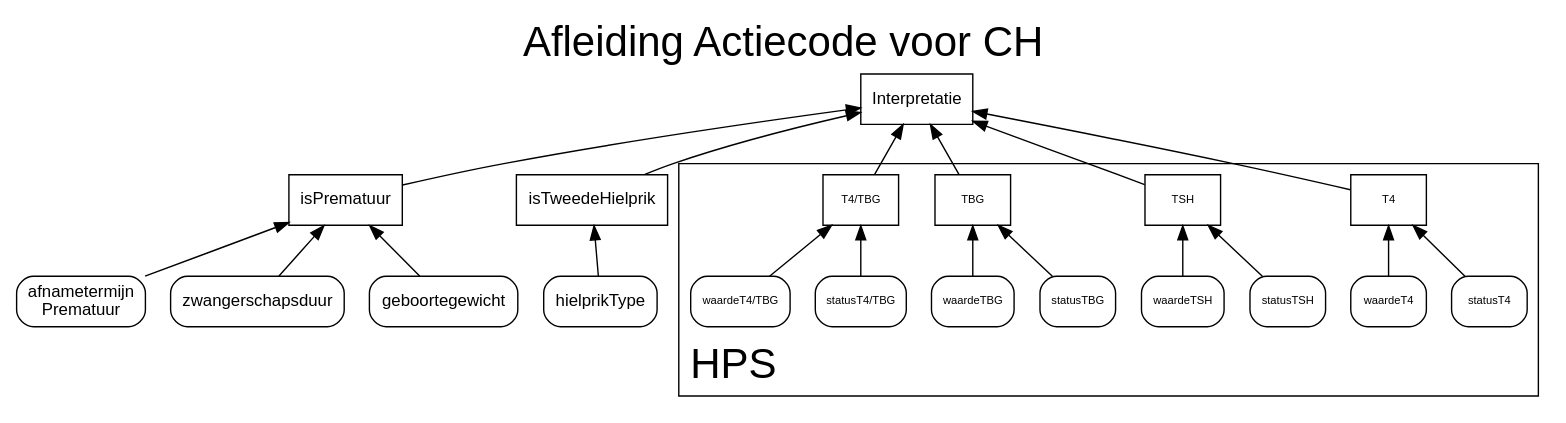
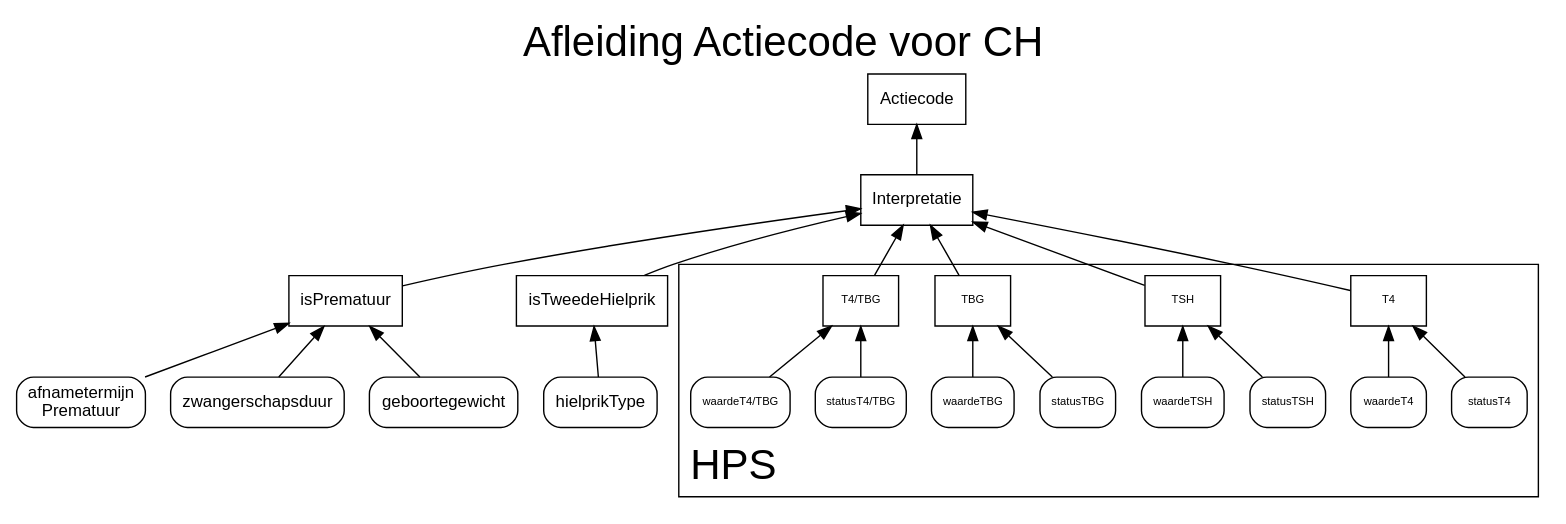
One commit to hanjoosten/KOGITO-8362 changed the diagram in src/main/resources/nhs-dmn/CH.gv. Above: the diagram before and after it, drawn with Graphviz. The commit also changed 1 other file, not shown here.

```diff
--- a/src/main/resources/nhs-dmn/CH.gv
+++ b/src/main/resources/nhs-dmn/CH.gv
@@ -1,81 +1,83 @@
 digraph mygraph {
   rankdir="BT"
   fontname="Helvetica,Arial,sans-serif"
   concentrate=true
 graph [charset="UTF-8"
        fontsize=30
        labelloc="t" 
        label="Afleiding Actiecode voor CH" 
        layout="dot"
        splines=true 
        overlap=false 
        rankdir = "BT"]
 
   node [fontname="Helvetica,Arial,sans-serif"
         shape=Mrecord
         fontsize=12]
   edge [fontname="Helvetica,Arial,sans-serif"]
   subgraph cluster_0 {
     label = "HPS";
     node [fontsize=8];
     labelloc="t"
     labeljust=l
 
   T4 [shape=box]
   statusT4 -> T4
   waardeT4 -> T4
 
   TSH [shape=box]
   statusTSH -> TSH
   waardeTSH -> TSH
 
   TBG [shape=box]
   statusTBG -> TBG
   waardeTBG -> TBG
 
   "T4/TBG" [shape=box]
   "statusT4/TBG" -> "T4/TBG"
   "waardeT4/TBG" -> "T4/TBG"
 
   }
 
   // Actiecode [shape=box]
   // isAfwijkend -> Actiecode
   // isDubieus -> Actiecode
   // isTevroegGeprikt -> Actiecode
   // BTNavraagNodig -> Actiecode
 
   isPrematuur [shape=box]
   "afnametermijn\nPrematuur" -> isPrematuur
   zwangerschapsduur -> isPrematuur
   geboortegewicht -> isPrematuur
 
+  Actiecode [shape=box]
+  Interpretatie -> Actiecode
 
   Interpretatie [shape=box]
   isPrematuur -> Interpretatie
   isTweedeHielprik -> Interpretatie
   T4 -> Interpretatie
   TSH -> Interpretatie
   TBG -> Interpretatie
   "T4/TBG" -> Interpretatie
   
   isTweedeHielprik [shape=box]
   hielprikType -> isTweedeHielprik
   // BTNavraagNodig [shape=box]
   // ErWasEenBT -> BTNavraagNodig
   // VoldoendeTijdBT -> BTNavraagNodig
   // TypeBT -> BTNavraagNodig
 
   // VoldoendeTijdBT [shape=box]
   // "BTDatum(Tijd)" -> VoldoendeTijdBT
   // "AfnameDatum(Tijd)" -> VoldoendeTijdBT
 
   // isTevroegGeprikt [shape=box]
   // "GeboorteDatum(Tijd)" -> isTevroegGeprikt
   // "AfnameDatum(Tijd)" -> isTevroegGeprikt
 
 
 
 
 
  }
```
